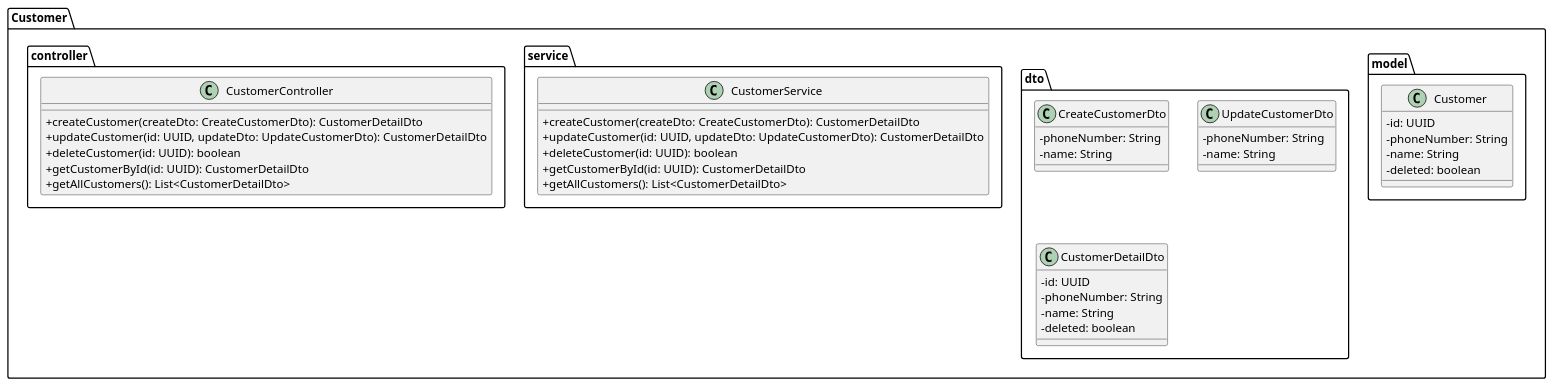
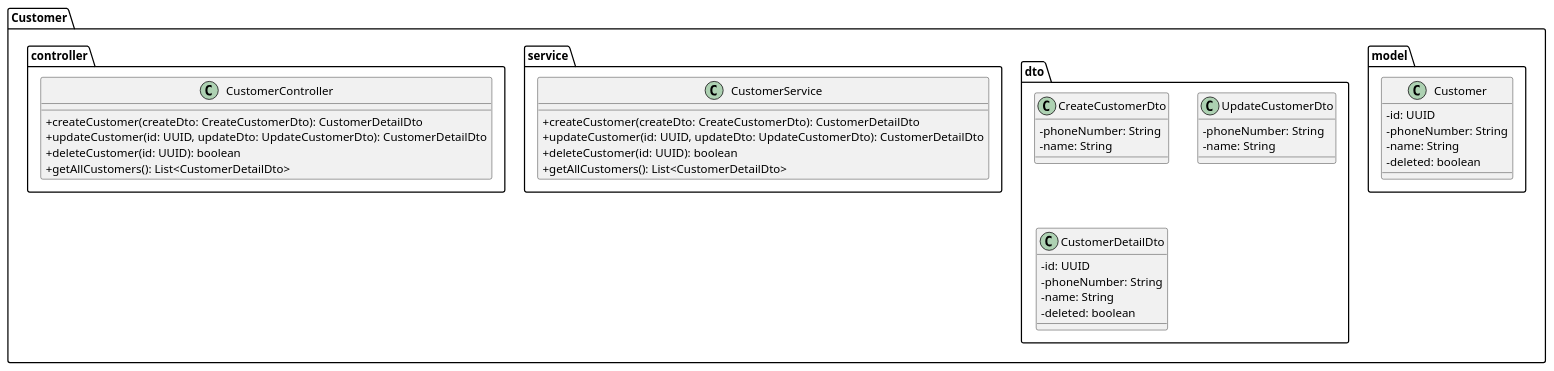
The diagram in docs/diagram/class-customer.puml (tondracek/inqool-tennis), drawn with PlantUML before and after one commit. The commit also changed 2 other files, not shown here.

```diff
--- a/docs/diagram/class-customer.puml
+++ b/docs/diagram/class-customer.puml
@@ -1,55 +1,53 @@
 @startuml
 
 skinparam classAttributeIconSize 0
 
 package "Customer" {
 	package "model" {
 	  class Customer {
       - id: UUID
       - phoneNumber: String
       - name: String
       - deleted: boolean
     }
 	}
 
 	package "dto" {
 		class CreateCustomerDto {
       - phoneNumber: String
       - name: String
     }
 
     class UpdateCustomerDto {
       - phoneNumber: String
       - name: String
     }
 
     class CustomerDetailDto {
       - id: UUID
       - phoneNumber: String
       - name: String
       - deleted: boolean
     }
 	}
 
 	package "service" {
 		class CustomerService {
 			+ createCustomer(createDto: CreateCustomerDto): CustomerDetailDto
 			+ updateCustomer(id: UUID, updateDto: UpdateCustomerDto): CustomerDetailDto
 			+ deleteCustomer(id: UUID): boolean
-			+ getCustomerById(id: UUID): CustomerDetailDto
 			+ getAllCustomers(): List<CustomerDetailDto>
 		}
 	}
 
 	package "controller" {
 		class CustomerController {
 			+ createCustomer(createDto: CreateCustomerDto): CustomerDetailDto
 			+ updateCustomer(id: UUID, updateDto: UpdateCustomerDto): CustomerDetailDto
 			+ deleteCustomer(id: UUID): boolean
-			+ getCustomerById(id: UUID): CustomerDetailDto
 			+ getAllCustomers(): List<CustomerDetailDto>
 		}
 	}
 }
 
 @enduml
```
